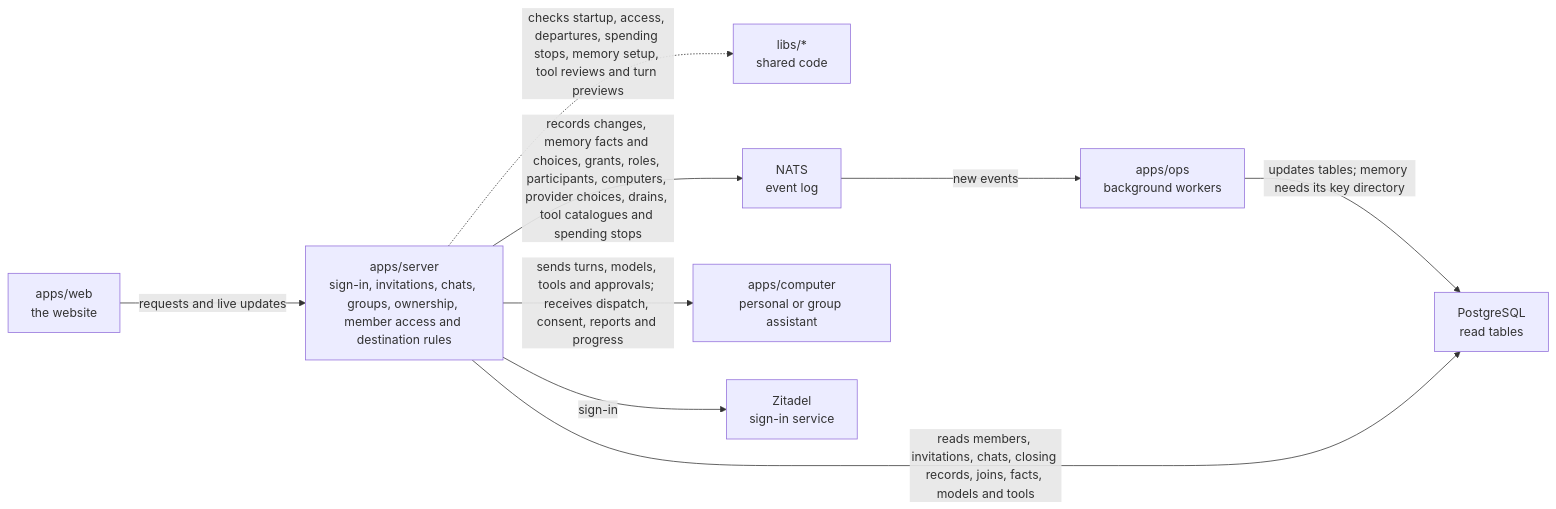
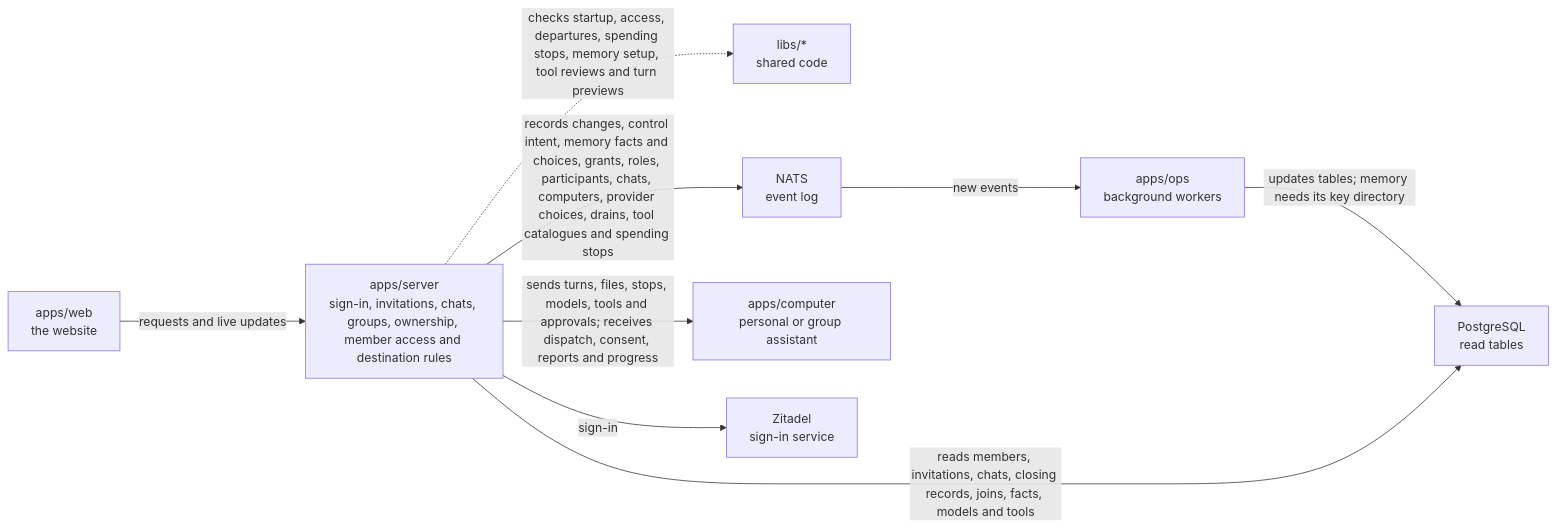
Before and after one commit to elewa-git/opencrane-new: the diagram in apps/server/README.md, drawn with Mermaid. The commit also changed other lines of this file and 41 other files, not shown here.

First line of the commit message:
🛑 A requester can ask to take control, new computer work is refused, and stop still works (#335)

````diff
--- a/apps/server/README.md
+++ b/apps/server/README.md
@@ -11,11 +11,11 @@
 ```mermaid
 flowchart LR
   web["apps/web<br/>the website"] -->|requests and live updates| server["apps/server<br/>sign-in, invitations, chats, groups, ownership, member access and destination rules"]
   server -.->|checks startup, access, departures, spending stops, memory setup, tool reviews and turn previews| libs["libs/*<br/>shared code"]
-  server -->|records changes, memory facts and choices, grants, roles, participants, computers, provider choices, drains, tool catalogues and spending stops| nats["NATS<br/>event log"]
+  server -->|records changes, control intent, memory facts and choices, grants, roles, participants, chats, computers, provider choices, drains, tool catalogues and spending stops| nats["NATS<br/>event log"]
   nats -->|new events| ops["apps/ops<br/>background workers"]
   ops -->|updates tables; memory needs its key directory| postgres["PostgreSQL<br/>read tables"]
   server -->|reads members, invitations, chats, closing records, joins, facts, models and tools| postgres
-  server -->|sends turns, models, tools and approvals; receives dispatch, consent, reports and progress| computer["apps/computer<br/>personal or group assistant"]
+  server -->|sends turns, files, stops, models, tools and approvals; receives dispatch, consent, reports and progress| computer["apps/computer<br/>personal or group assistant"]
   server -->|sign-in| zitadel["Zitadel<br/>sign-in service"]
 ```
````
